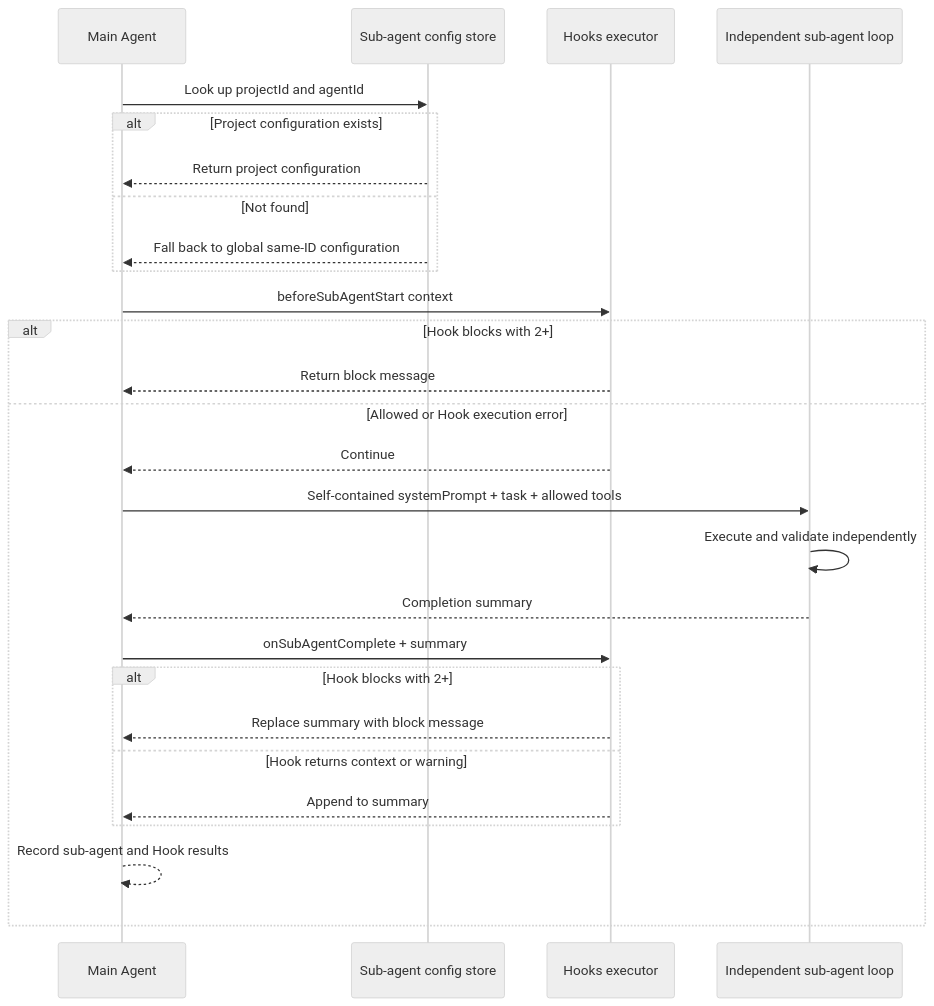
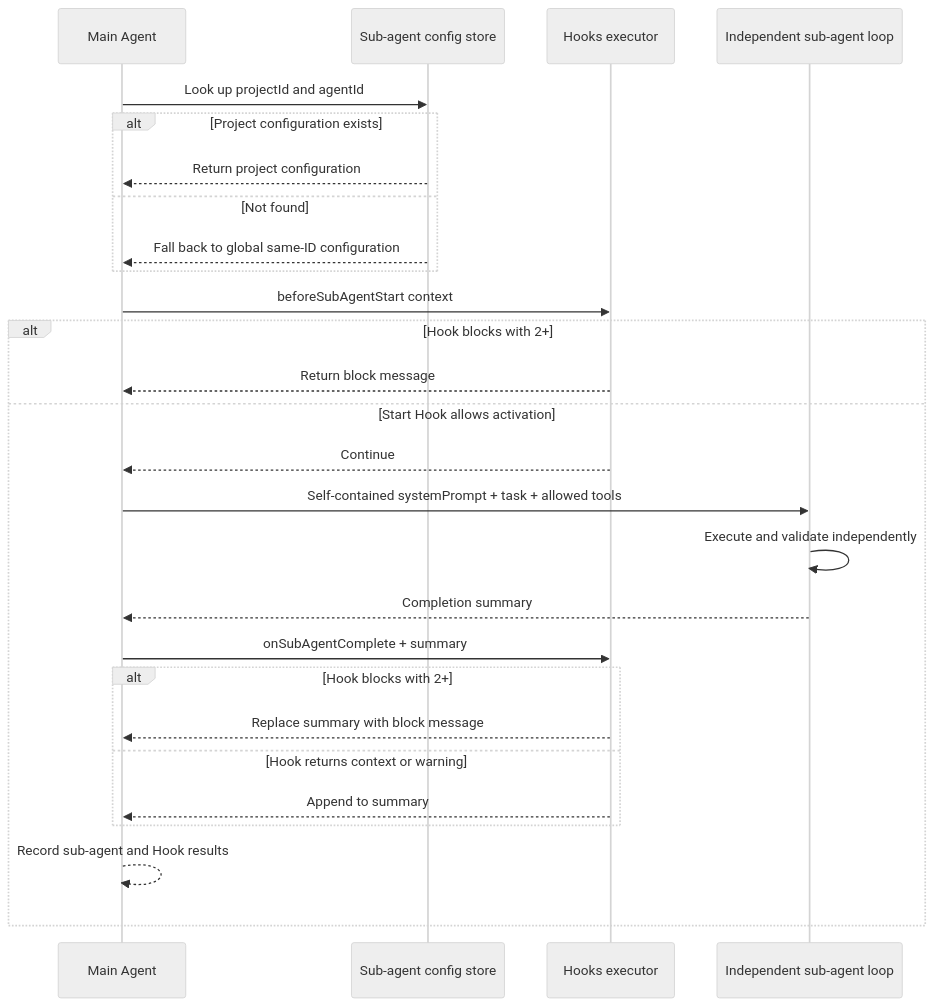
One commit to BaSui01/snow-app changed the second of 2 diagrams in docs/en/2-guides/5-configure-hooks-and-subagents.md. Above: the diagram before and after it, drawn with Mermaid (neutral theme). The commit also changed other lines of this file and 43 other files, not shown here.

````diff
--- a/docs/en/2-guides/5-configure-hooks-and-subagents.md
+++ b/docs/en/2-guides/5-configure-hooks-and-subagents.md
@@ -262,29 +262,29 @@
 ```mermaid
 sequenceDiagram
     participant Main as Main Agent
     participant Config as Sub-agent config store
     participant Hooks as Hooks executor
     participant Sub as Independent sub-agent loop
     Main->>Config: Look up projectId and agentId
     alt Project configuration exists
         Config-->>Main: Return project configuration
     else Not found
         Config-->>Main: Fall back to global same-ID configuration
     end
     Main->>Hooks: beforeSubAgentStart context
     alt Hook blocks with 2+
         Hooks-->>Main: Return block message
-    else Allowed or Hook execution error
+    else Start Hook allows activation
         Hooks-->>Main: Continue
         Main->>Sub: Self-contained systemPrompt + task + allowed tools
         Sub->>Sub: Execute and validate independently
         Sub-->>Main: Completion summary
         Main->>Hooks: onSubAgentComplete + summary
         alt Hook blocks with 2+
             Hooks-->>Main: Replace summary with block message
         else Hook returns context or warning
             Hooks-->>Main: Append to summary
         end
         Main-->>Main: Record sub-agent and Hook results
     end
 ```
````
